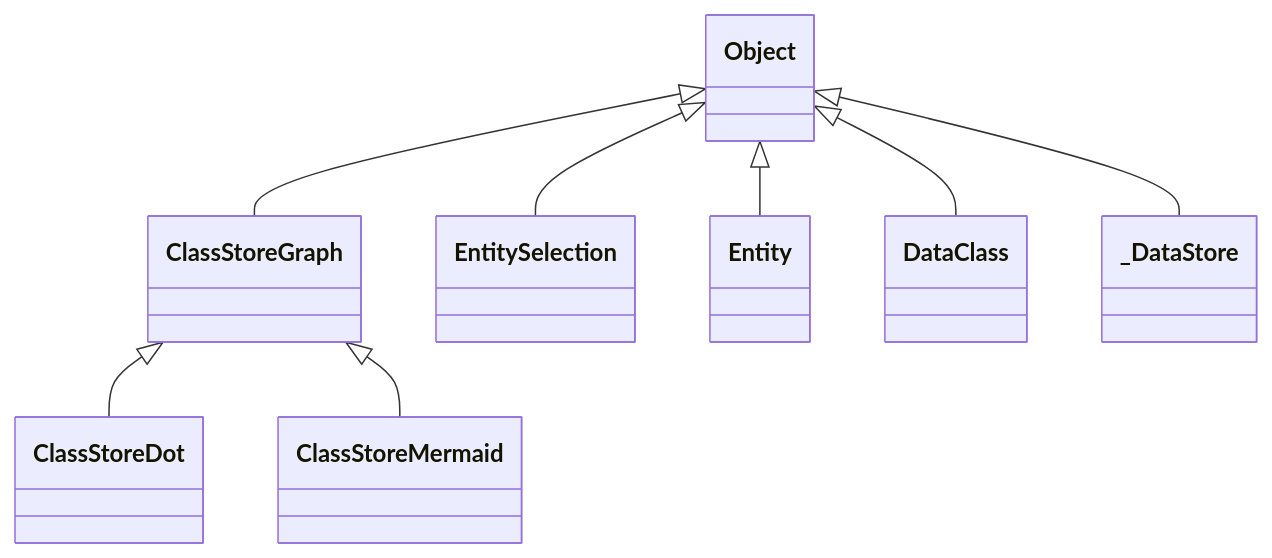
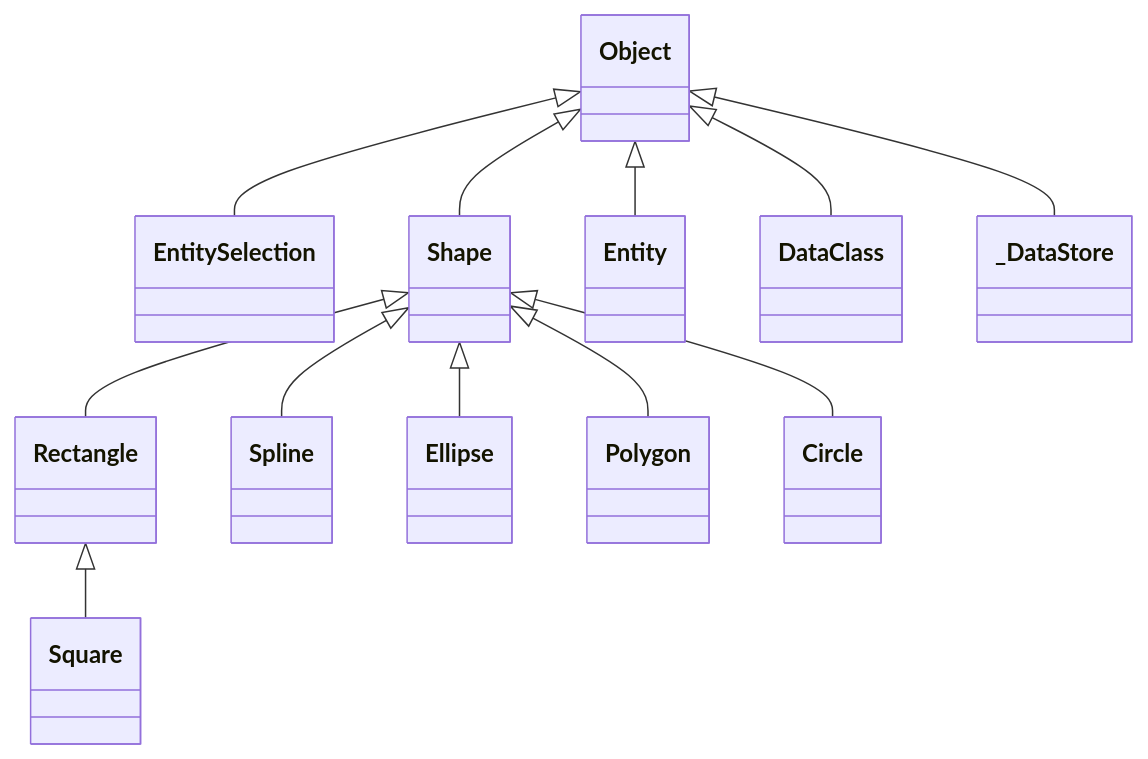
The diagram in README.md (mesopelagique/ClassStoreDiagram), drawn with Mermaid before and after one commit. The commit also changed other lines of this file and 31 other files, not shown here.

````diff
--- a/README.md
+++ b/README.md
@@ -7,24 +34,36 @@
 ```mermaid
 classDiagram
-	class ClassStoreDot {
+	class Square {
 	}
-	class ClassStoreMermaid {
+	class Rectangle {
 	}
-	class ClassStoreGraph {
+	class Spline {
+	}
+	class Ellipse {
 	}
 	class EntitySelection {
+	}
+	class Shape {
+	}
+	class Polygon {
+	}
+	class Circle {
 	}
 	class Entity {
 	}
 	class DataClass {
 	}
 	class _DataStore {
 	}
-ClassStoreGraph <|-- ClassStoreDot
-ClassStoreGraph <|-- ClassStoreMermaid
-Object <|-- ClassStoreGraph
+Rectangle <|-- Square
+Shape <|-- Rectangle
+Shape <|-- Spline
+Shape <|-- Ellipse
 Object <|-- EntitySelection
+Object <|-- Shape
+Shape <|-- Polygon
+Shape <|-- Circle
 Object <|-- Entity
 Object <|-- DataClass
 Object <|-- _DataStore
 ```
````
